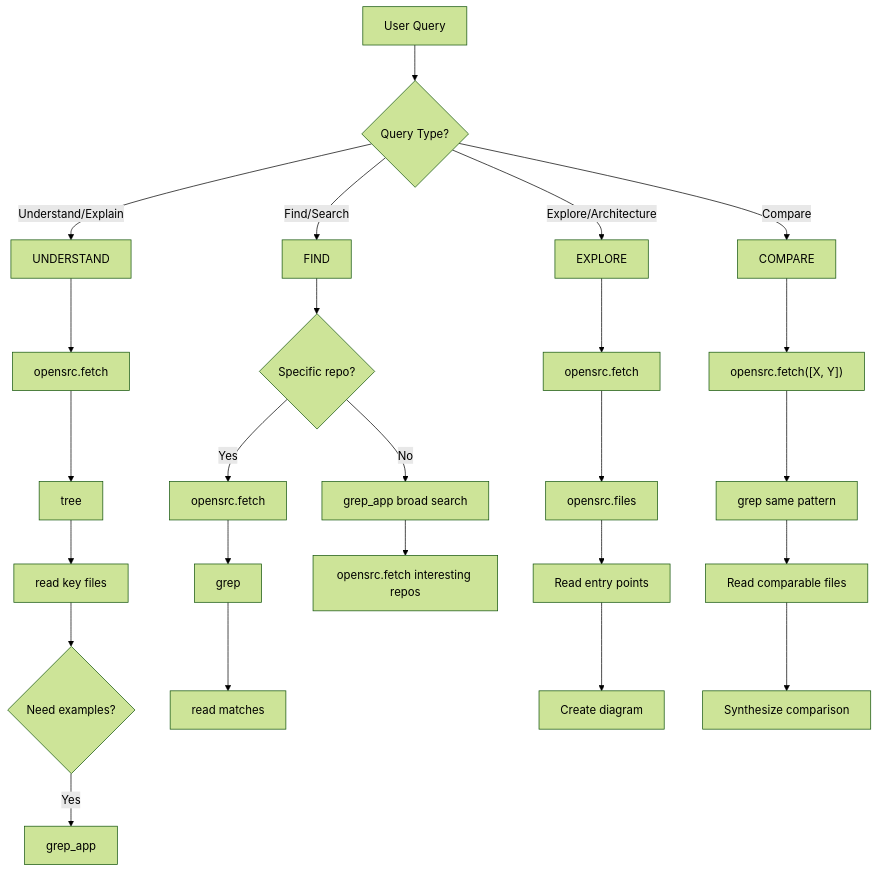
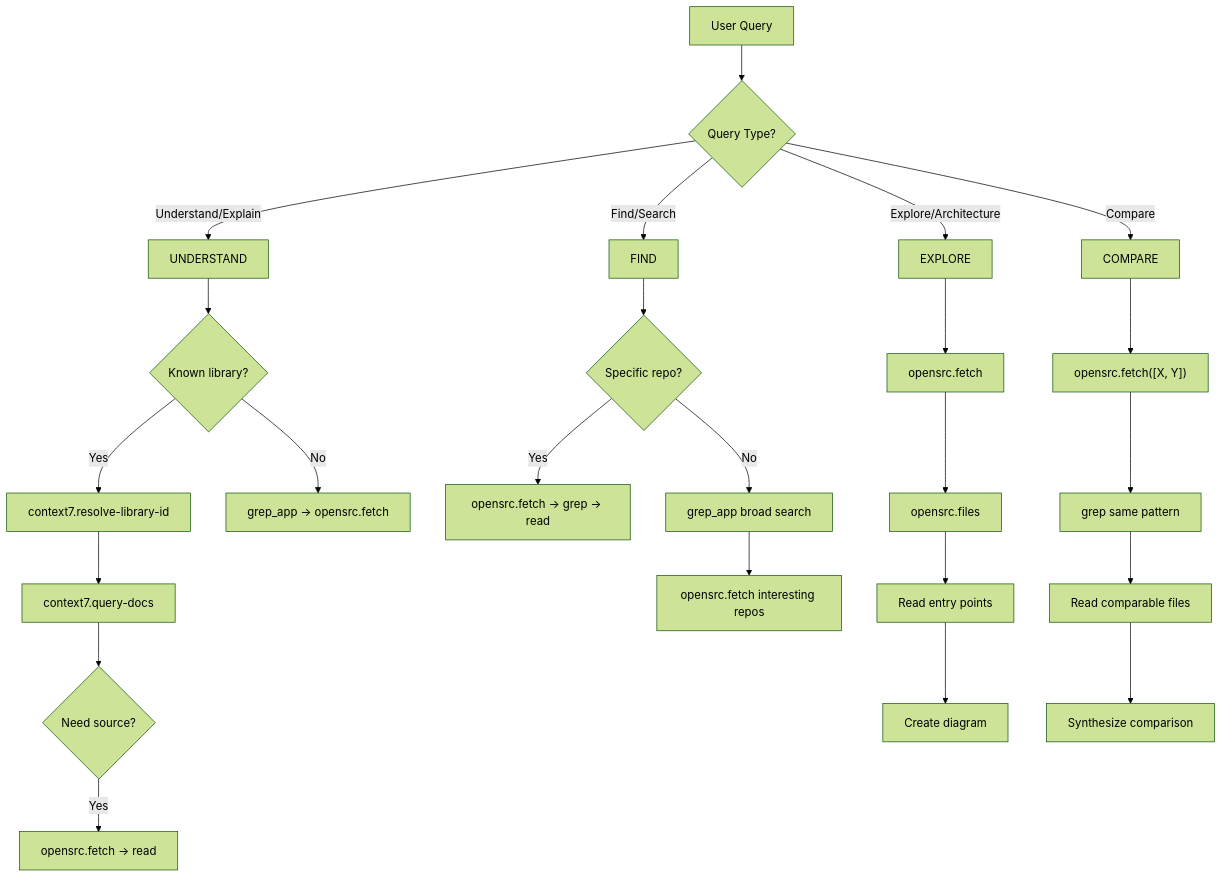
One commit to iamvictorli/dotfiles changed the diagram in opencode/.config/opencode/skills/librarian/references/tool-routing.md. Above: the diagram before and after it, drawn with Mermaid (forest theme). The commit also changed other lines of this file and 6 other files, not shown here.

````diff
--- a/opencode/.config/opencode/skills/librarian/references/tool-routing.md
+++ b/opencode/.config/opencode/skills/librarian/references/tool-routing.md
@@ -5,31 +5,30 @@
 ```mermaid
 graph TD
     Q[User Query] --> T{Query Type?}
     T -->|Understand/Explain| U[UNDERSTAND]
     T -->|Find/Search| F[FIND]
     T -->|Explore/Architecture| E[EXPLORE]
     T -->|Compare| C[COMPARE]
     
-    U --> U1[opensrc.fetch]
-    U1 --> U2[tree]
-    U2 --> U3[read key files]
-    U3 --> U4{Need examples?}
-    U4 -->|Yes| U5[grep_app]
+    U --> U1{Known library?}
+    U1 -->|Yes| U2[context7.resolve-library-id]
+    U2 --> U3[context7.query-docs]
+    U3 --> U4{Need source?}
+    U4 -->|Yes| U5[opensrc.fetch → read]
+    U1 -->|No| U6[grep_app → opensrc.fetch]
     
     F --> F1{Specific repo?}
-    F1 -->|Yes| F2[opensrc.fetch]
-    F2 --> F2a[grep]
-    F2a --> F2b[read matches]
+    F1 -->|Yes| F2[opensrc.fetch → grep → read]
     F1 -->|No| F3[grep_app broad search]
     F3 --> F4[opensrc.fetch interesting repos]
     
     E --> E1[opensrc.fetch]
     E1 --> E2[opensrc.files]
     E2 --> E3[Read entry points]
     E3 --> E4[Create diagram]
     
     C --> C1["opensrc.fetch([X, Y])"]
     C1 --> C2[grep same pattern]
     C2 --> C3[Read comparable files]
     C3 --> C4[Synthesize comparison]
 ```
````
